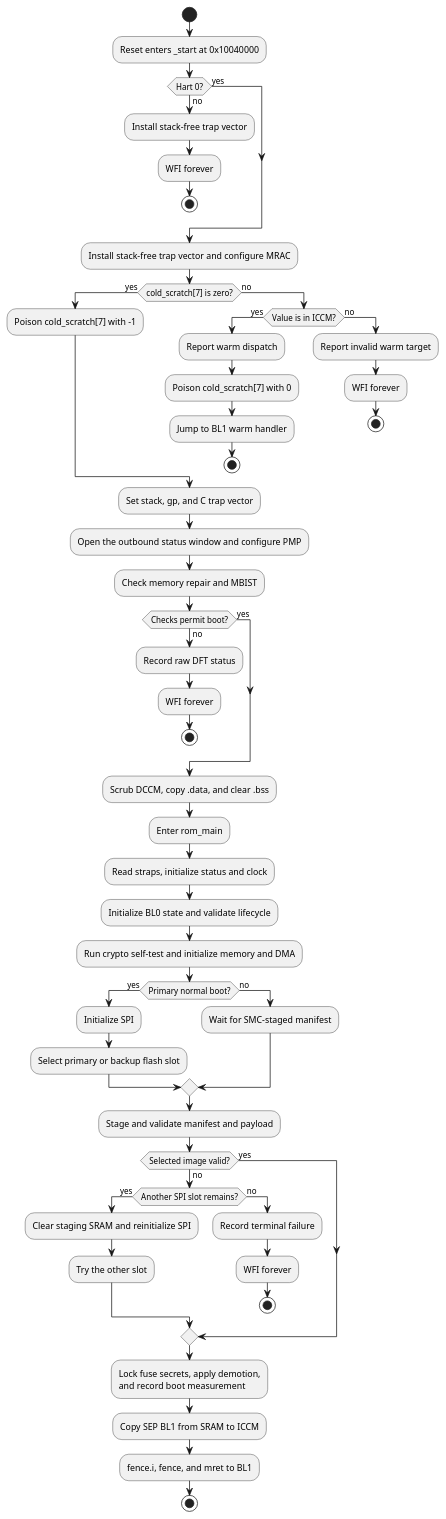
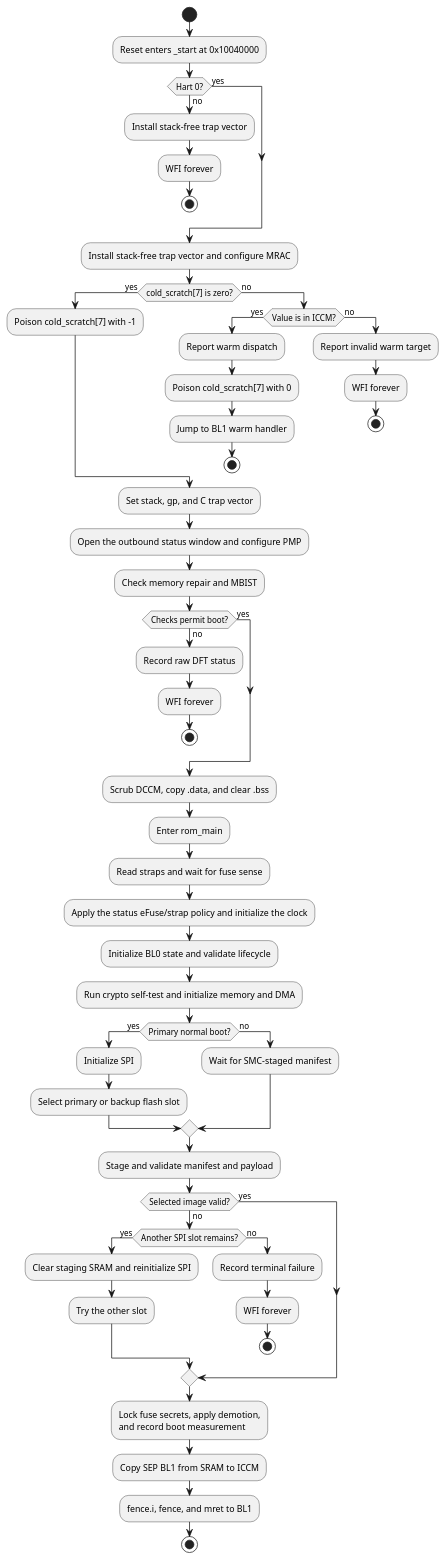
One commit to tenstorrent/tt-oca-harness changed the diagram in hw/sys/sep/bootrom/prod/doc/boot-flow.adoc. Above: the diagram before and after it, drawn with PlantUML. The commit also changed other lines of this file and 9 other files, not shown here.

First line of the commit message:
hw/sep: Honor STATUS_RPT policy for the status ring

```diff
--- a/hw/sys/sep/bootrom/prod/doc/boot-flow.adoc
+++ b/hw/sys/sep/bootrom/prod/doc/boot-flow.adoc
@@ -12,64 +12,65 @@
 [plantuml]
 ....
 @startuml
 start
 :Reset enters _start at 0x10040000;
 if (Hart 0?) then (yes)
 else (no)
   :Install stack-free trap vector;
   :WFI forever;
   stop
 endif
 :Install stack-free trap vector and configure MRAC;
 if (cold_scratch[7] is zero?) then (yes)
   :Poison cold_scratch[7] with -1;
 else (no)
   if (Value is in ICCM?) then (yes)
     :Report warm dispatch;
     :Poison cold_scratch[7] with 0;
     :Jump to BL1 warm handler;
     stop
   else (no)
     :Report invalid warm target;
     :WFI forever;
     stop
   endif
 endif
 :Set stack, gp, and C trap vector;
 :Open the outbound status window and configure PMP;
 :Check memory repair and MBIST;
 if (Checks permit boot?) then (yes)
 else (no)
   :Record raw DFT status;
   :WFI forever;
   stop
 endif
 :Scrub DCCM, copy .data, and clear .bss;
 :Enter rom_main;
-:Read straps, initialize status and clock;
+:Read straps and wait for fuse sense;
+:Apply the status eFuse/strap policy and initialize the clock;
 :Initialize BL0 state and validate lifecycle;
 :Run crypto self-test and initialize memory and DMA;
 if (Primary normal boot?) then (yes)
   :Initialize SPI;
   :Select primary or backup flash slot;
 else (no)
   :Wait for SMC-staged manifest;
 endif
 :Stage and validate manifest and payload;
 if (Selected image valid?) then (yes)
 else (no)
   if (Another SPI slot remains?) then (yes)
     :Clear staging SRAM and reinitialize SPI;
     :Try the other slot;
   else (no)
     :Record terminal failure;
     :WFI forever;
     stop
   endif
 endif
 :Lock fuse secrets, apply demotion,\nand record boot measurement;
 :Copy SEP BL1 from SRAM to ICCM;
 :fence.i, fence, and mret to BL1;
 stop
 @enduml
 ....
```
